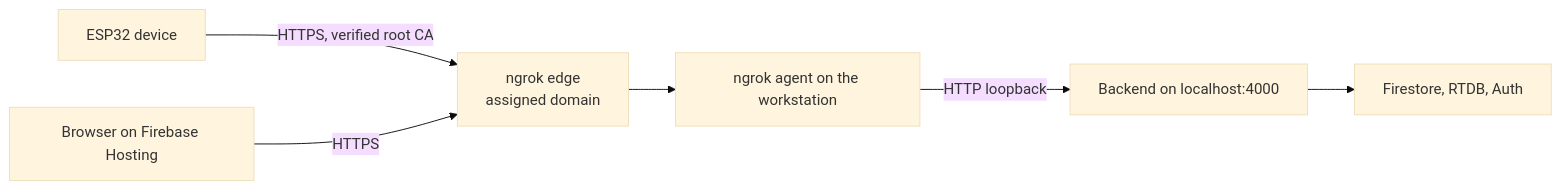
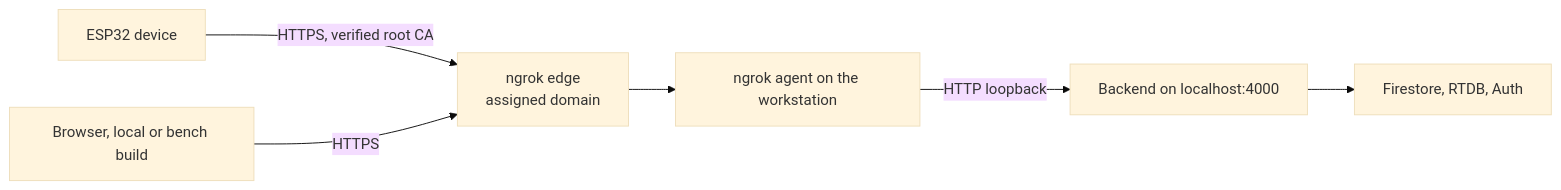
The diagram in docs/operations/NGROK_TUNNEL.md (notnamansinha/Eki), drawn with Mermaid (base theme) before and after one commit. The commit also changed other lines of this file and 27 other files, not shown here.

````diff
--- a/docs/operations/NGROK_TUNNEL.md
+++ b/docs/operations/NGROK_TUNNEL.md
@@ -13,8 +13,8 @@
 ```mermaid
 flowchart LR
     D[ESP32 device] -->|HTTPS, verified root CA| E[ngrok edge<br/>assigned domain]
-    B[Browser on Firebase Hosting] -->|HTTPS| E
+    B[Browser, local or bench build] -->|HTTPS| E
     E --> A[ngrok agent on the workstation]
     A -->|HTTP loopback| S[Backend on localhost:4000]
     S --> F[Firestore, RTDB, Auth]
 ```
````
